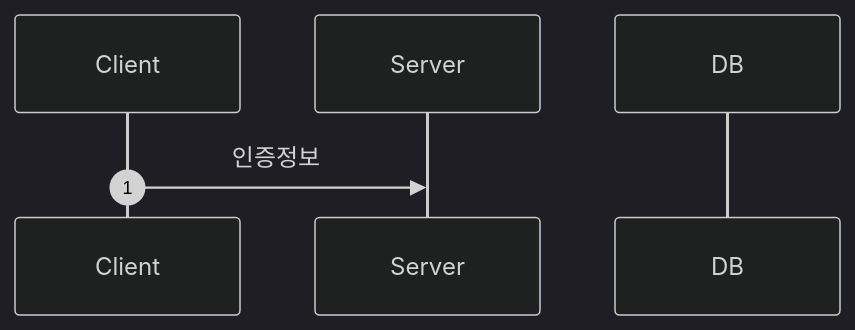
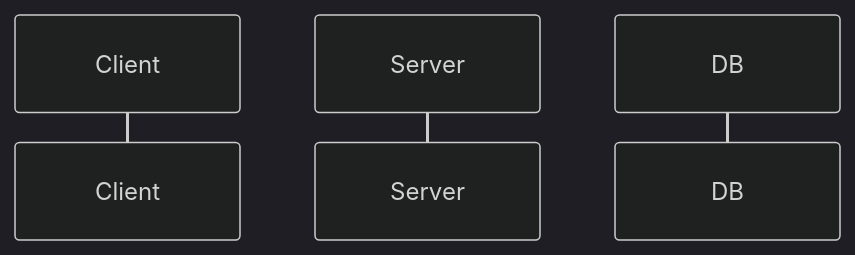
The diagram in Session & JWT.md (potatostore/Obsidian), drawn with Mermaid (dark theme) before and after one commit.

Commit message:
vault backup: 2026-04-02 23:42:14

````diff
--- a/Session & JWT.md
+++ b/Session & JWT.md
@@ -1,11 +1,9 @@
 ```mermaid
 sequenceDiagram
     autonumber
     participant Client
     participant Server
     participant DB
-
-    Client ->> Server : 인증정보 
     
 
 ```
````
